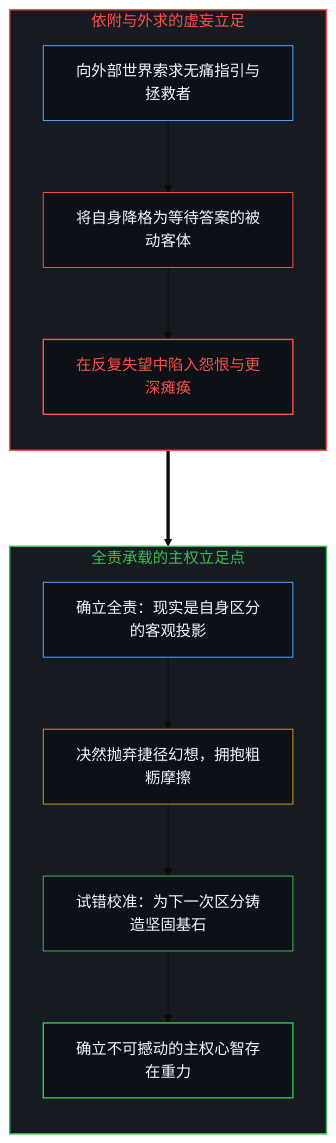
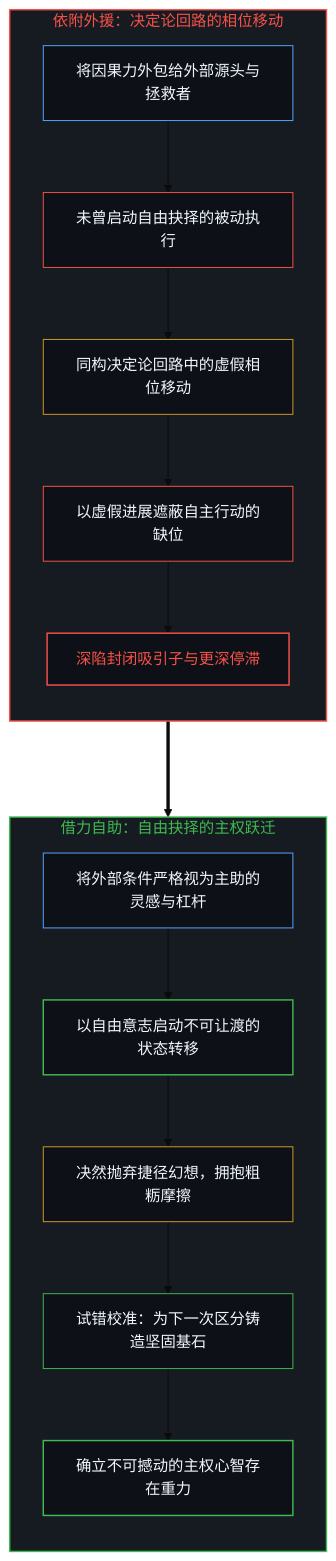
Before and after one commit to powerpig99/not-a-toe: the ninth of 10 diagrams in content/posts/choice-itself-has-no-inherent-weight.md, drawn with Mermaid (base theme). The commit also changed other lines of this file and 4 other files, not shown here.

````diff
--- a/content/posts/choice-itself-has-no-inherent-weight.md
+++ b/content/posts/choice-itself-has-no-inherent-weight.md
@@ -285,27 +287,33 @@
 ```mermaid
 graph TD
-    subgraph S_Dependency ["依附与外求的虚妄立足"]
+    subgraph S_Dependency ["依附外援：决定论回路的相位移动"]
         direction TB
-        D_Claim["向外部世界索求无痛指引与拯救者"] --> D_Passive["将自身降格为等待答案的被动客体"]
-        D_Passive --> D_Resentment["在反复失望中陷入怨恨与更深瘫痪"]
+        D_Claim["将因果力外包给外部源头与拯救者"] --> D_Passive["未曾启动自由抉择的被动执行"]
+        D_Passive --> D_PhaseShift["同构决定论回路中的虚假相位移动"]
+        D_PhaseShift --> D_Masking["以虚假进展遮蔽自主行动的缺位"]
+        D_Masking --> D_Paralysis["深陷封闭吸引子与更深停滞"]
     end
 
-    subgraph S_Sovereignty ["全责承载的主权立足点"]
+    subgraph S_Sovereignty ["借力自助：自由抉择的主权跃迁"]
         direction TB
-        R_Ground["确立全责：现实是自身区分的客观投影"] --> R_Friction["决然抛弃捷径幻想，拥抱粗粝摩擦"]
+        R_Leverage["将外部条件严格视为主助的灵感与杠杆"] --> R_FreeChoice["以自由意志启动不可让渡的状态转移"]
+        R_FreeChoice --> R_Friction["决然抛弃捷径幻想，拥抱粗粝摩擦"]
         R_Friction --> R_Bedrock["试错校准：为下一次区分铸造坚固基石"]
         R_Bedrock --> R_Agency["确立不可撼动的主权心智存在重力"]
     end
 
-    D_Resentment ===> R_Ground
+    D_Paralysis ===> R_Leverage
 
     style S_Dependency fill:#161b22,stroke:#f85149,stroke-width:1.5px,color:#f85149
     style S_Sovereignty fill:#161b22,stroke:#3fb950,stroke-width:1.5px,color:#3fb950
     style D_Claim fill:#0d1117,stroke:#58a6ff,stroke-width:1px,color:#f0f6fc
     style D_Passive fill:#0d1117,stroke:#f85149,stroke-width:1px,color:#f0f6fc
-    style D_Resentment fill:#0d1117,stroke:#f85149,stroke-width:1.5px,color:#f85149
-    style R_Ground fill:#0d1117,stroke:#58a6ff,stroke-width:1px,color:#f0f6fc
+    style D_PhaseShift fill:#0d1117,stroke:#d29922,stroke-width:1px,color:#f0f6fc
+    style D_Masking fill:#0d1117,stroke:#f85149,stroke-width:1px,color:#f0f6fc
+    style D_Paralysis fill:#0d1117,stroke:#f85149,stroke-width:1.5px,color:#f85149
+    style R_Leverage fill:#0d1117,stroke:#58a6ff,stroke-width:1px,color:#f0f6fc
+    style R_FreeChoice fill:#0d1117,stroke:#3fb950,stroke-width:1.5px,color:#f0f6fc
     style R_Friction fill:#0d1117,stroke:#d29922,stroke-width:1px,color:#f0f6fc
     style R_Bedrock fill:#0d1117,stroke:#3fb950,stroke-width:1px,color:#f0f6fc
     style R_Agency fill:#0d1117,stroke:#3fb950,stroke-width:1.5px,color:#f0f6fc
 ```
````
